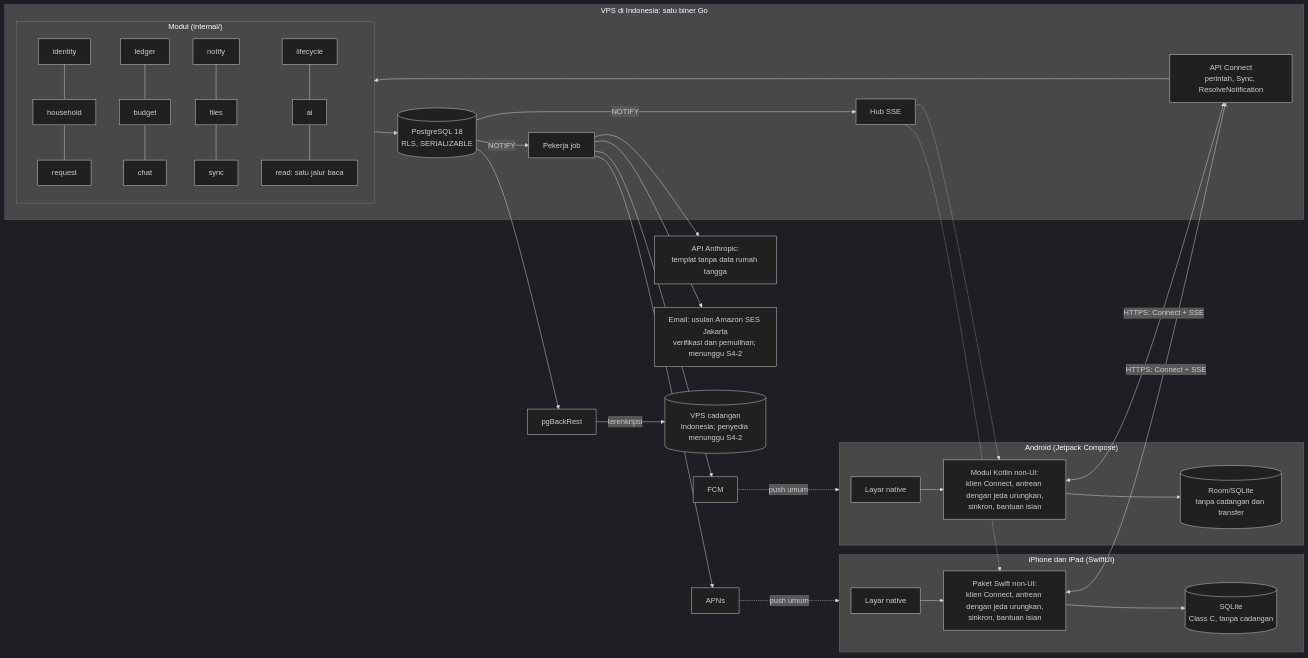
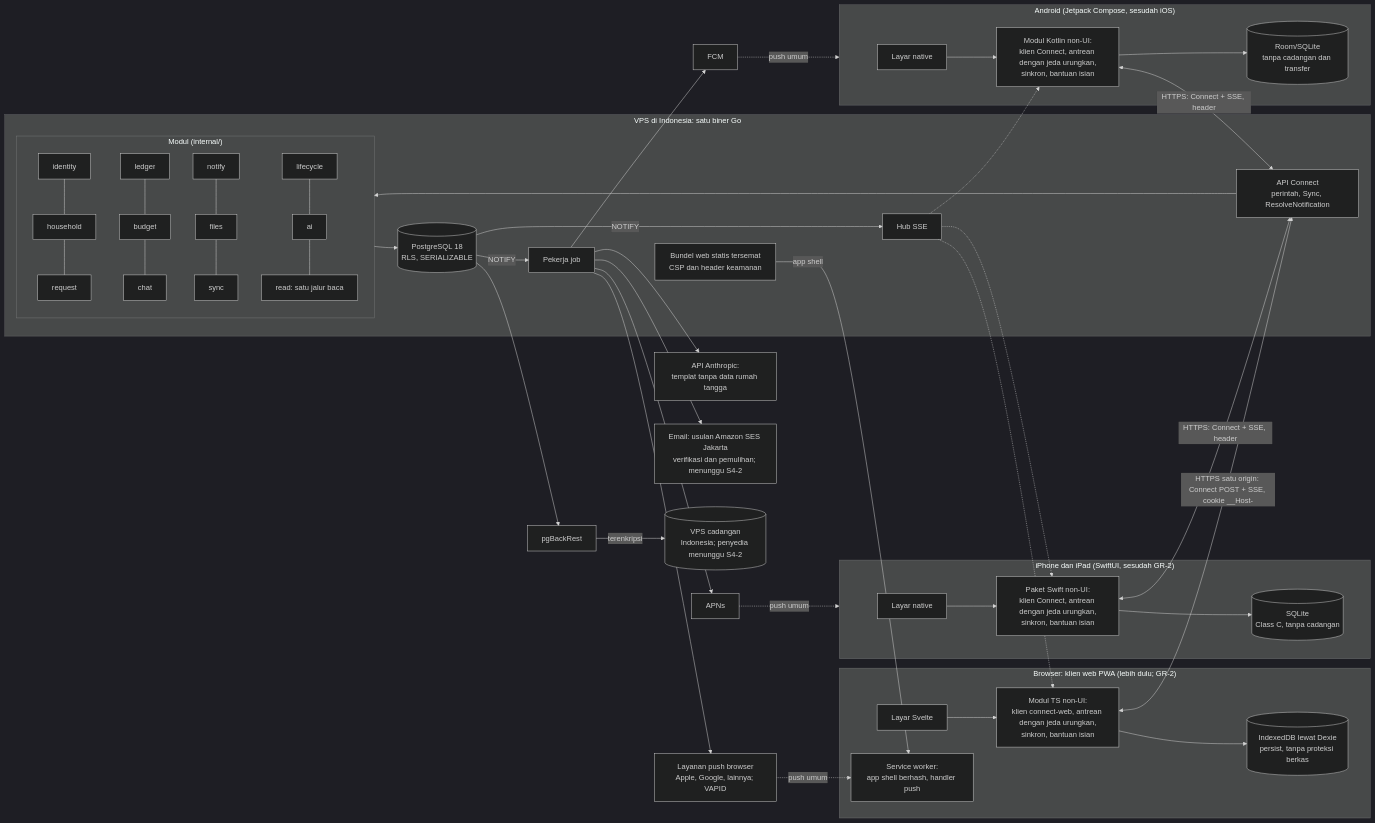
The diagram in docs/09-technical-architecture.md (abiyanzimran/casa), drawn with Mermaid (dark theme) before and after one commit. The commit also changed other lines of this file and 38 other files, not shown here.

First line of the commit message:
Record owner decisions 69-70: web client first, app name Casa

````diff
--- a/docs/09-technical-architecture.md
+++ b/docs/09-technical-architecture.md
@@ -72,35 +75,45 @@
 ```mermaid
 flowchart LR
-  subgraph ios["iPhone dan iPad (SwiftUI)"]
+  subgraph web["Browser: klien web PWA (lebih dulu; GR-2)"]
+    WUI[Layar Svelte] --> WCORE[Modul TS non-UI:<br/>klien connect-web, antrean dengan jeda urungkan,<br/>sinkron, bantuan isian]
+    WCORE --> WDB[(IndexedDB lewat Dexie<br/>persist, tanpa proteksi berkas)]
+    WSW[Service worker:<br/>app shell berhash, handler push]
+  end
+  subgraph ios["iPhone dan iPad (SwiftUI, sesudah GR-2)"]
     IUI[Layar native] --> ICORE[Paket Swift non-UI:<br/>klien Connect, antrean dengan jeda urungkan,<br/>sinkron, bantuan isian]
     ICORE --> IDB[(SQLite<br/>Class C, tanpa cadangan)]
   end
-  subgraph and["Android (Jetpack Compose)"]
+  subgraph and["Android (Jetpack Compose, sesudah iOS)"]
     AUI[Layar native] --> ACORE[Modul Kotlin non-UI:<br/>klien Connect, antrean dengan jeda urungkan,<br/>sinkron, bantuan isian]
     ACORE --> ADB[(Room/SQLite<br/>tanpa cadangan dan transfer)]
   end
   subgraph vps["VPS di Indonesia: satu biner Go"]
     API[API Connect<br/>perintah, Sync, ResolveNotification]
     SSE[Hub SSE]
+    STAT[Bundel web statis tersemat<br/>CSP dan header keamanan]
     subgraph mods["Modul (internal/)"]
       M1[identity] --- M2[household] --- M3[request]
       M4[ledger] --- M5[budget] --- M6[chat]
       M7[notify] --- M8[files] --- M9[sync]
       M10[lifecycle] --- M11[ai] --- RD[read: satu jalur baca]
     end
     JOB[Pekerja job]
     API --> mods
     mods --> PG[(PostgreSQL 18<br/>RLS, SERIALIZABLE)]
     PG -- NOTIFY --> SSE
     PG -- NOTIFY --> JOB
   end
-  ICORE <-->|HTTPS: Connect + SSE| API
-  ACORE <-->|HTTPS: Connect + SSE| API
+  WCORE <-->|HTTPS satu origin: Connect POST + SSE, cookie __Host-| API
+  STAT -->|app shell| WSW
+  ICORE <-->|HTTPS: Connect + SSE, header| API
+  ACORE <-->|HTTPS: Connect + SSE, header| API
+  SSE -.-> WCORE
   SSE -.-> ICORE
   SSE -.-> ACORE
+  JOB --> WP[Layanan push browser<br/>Apple, Google, lainnya; VAPID] -.push umum.-> WSW
   JOB --> APNS[APNs] -.push umum.-> ios
   JOB --> FCM[FCM] -.push umum.-> and
   JOB --> ANT[API Anthropic:<br/>templat tanpa data rumah tangga]
   JOB --> SES[Email: usulan Amazon SES Jakarta<br/>verifikasi dan pemulihan; menunggu S4-2]
   PG --> BK[pgBackRest] -->|terenkripsi| BV[(VPS cadangan<br/>Indonesia; penyedia menunggu S4-2)]
 ```
````
